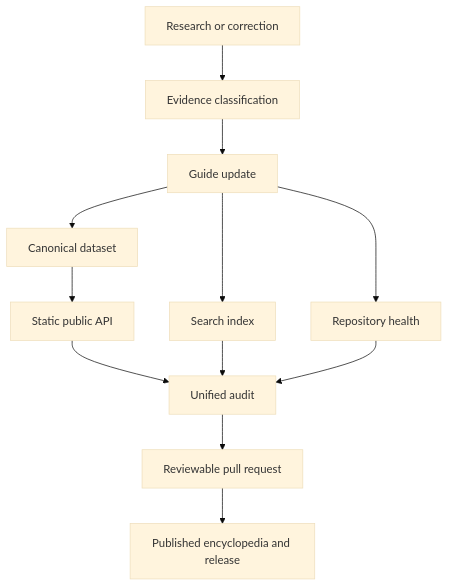
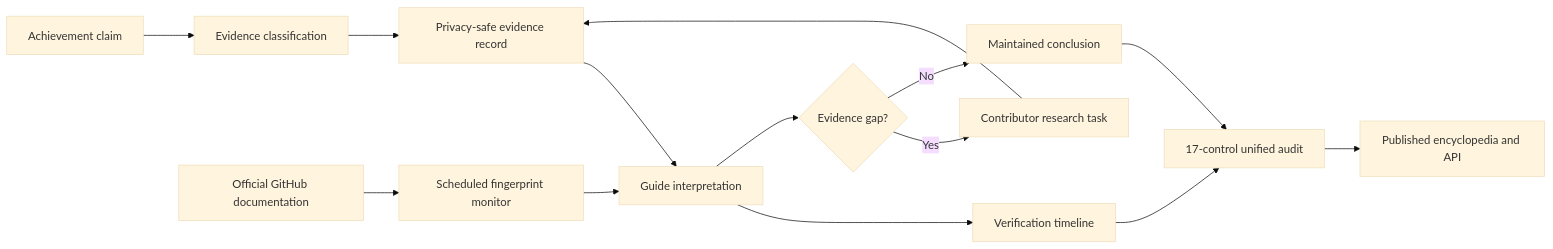
Before and after one commit to Conroy1988/Achievements: the diagram in README.md, drawn with Mermaid (base theme). The commit also changed other lines of this file, not shown here.

Commit message:
Phase 39: update flagship README for research infrastructure

````diff
--- a/README.md
+++ b/README.md
@@ -168,14 +82,16 @@
 ```mermaid
-flowchart TD
-    A[Research or correction] --> B[Evidence classification]
-    B --> C[Guide update]
-    C --> D[Canonical dataset]
-    D --> E[Static public API]
-    C --> F[Search index]
-    C --> G[Repository health]
-    E --> H[Unified audit]
-    F --> H
-    G --> H
-    H --> I[Reviewable pull request]
-    I --> J[Published encyclopedia and release]
+flowchart LR
+    A[Achievement claim] --> B[Evidence classification]
+    B --> C[Privacy-safe evidence record]
+    C --> D[Guide interpretation]
+    D --> E[Verification timeline]
+    D --> F{Evidence gap?}
+    F -->|Yes| G[Contributor research task]
+    F -->|No| H[Maintained conclusion]
+    G --> C
+    I[Official GitHub documentation] --> J[Scheduled fingerprint monitor]
+    J --> D
+    E --> K[17-control unified audit]
+    H --> K
+    K --> L[Published encyclopedia and API]
 ```
````
